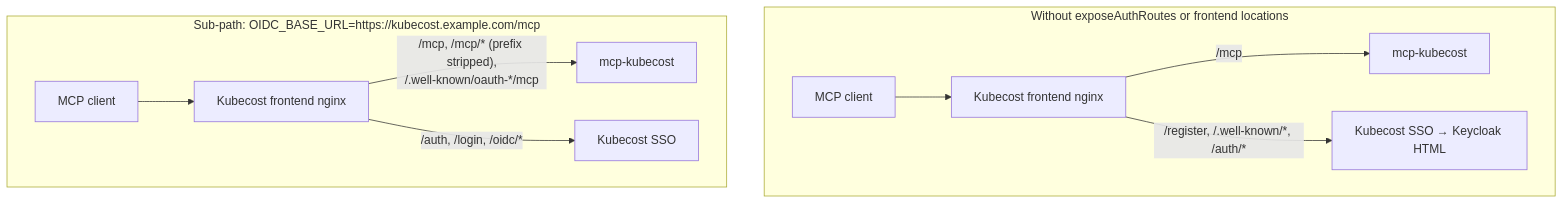
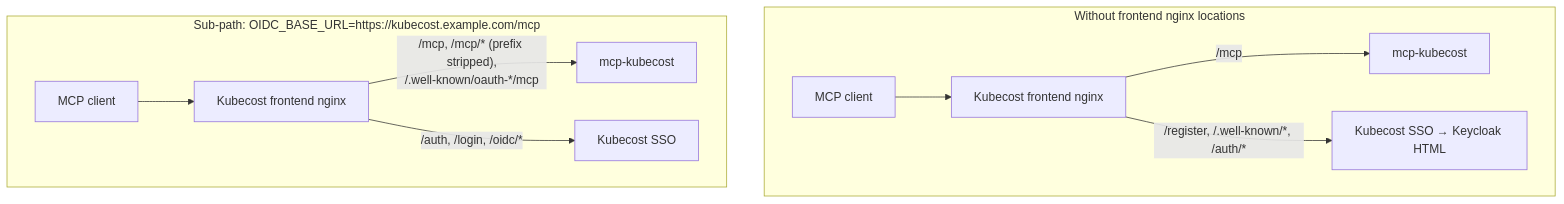
Before and after one commit to kubecost/mcp-kubecost: the diagram in docs/auth/README.md, drawn with Mermaid. The commit also changed other lines of this file and 9 other files, not shown here.

````diff
--- a/docs/auth/README.md
+++ b/docs/auth/README.md
@@ -180,13 +127,13 @@
 ```mermaid
 flowchart TB
-  subgraph before ["Without exposeAuthRoutes or frontend locations"]
+  subgraph before ["Without frontend nginx locations"]
     C1[MCP client] --> N1[Kubecost frontend nginx]
     N1 -->|"/mcp"| M1[mcp-kubecost]
     N1 -->|"/register, /.well-known/*, /auth/*"| S1[Kubecost SSO → Keycloak HTML]
   end
   subgraph after ["Sub-path: OIDC_BASE_URL=https://kubecost.example.com/mcp"]
     C2[MCP client] --> N2[Kubecost frontend nginx]
     N2 -->|"/mcp, /mcp/* (prefix stripped),<br/>/.well-known/oauth-*/mcp"| M2[mcp-kubecost]
     N2 -->|"/auth, /login, /oidc/*"| S2[Kubecost SSO]
   end
 ```
````
